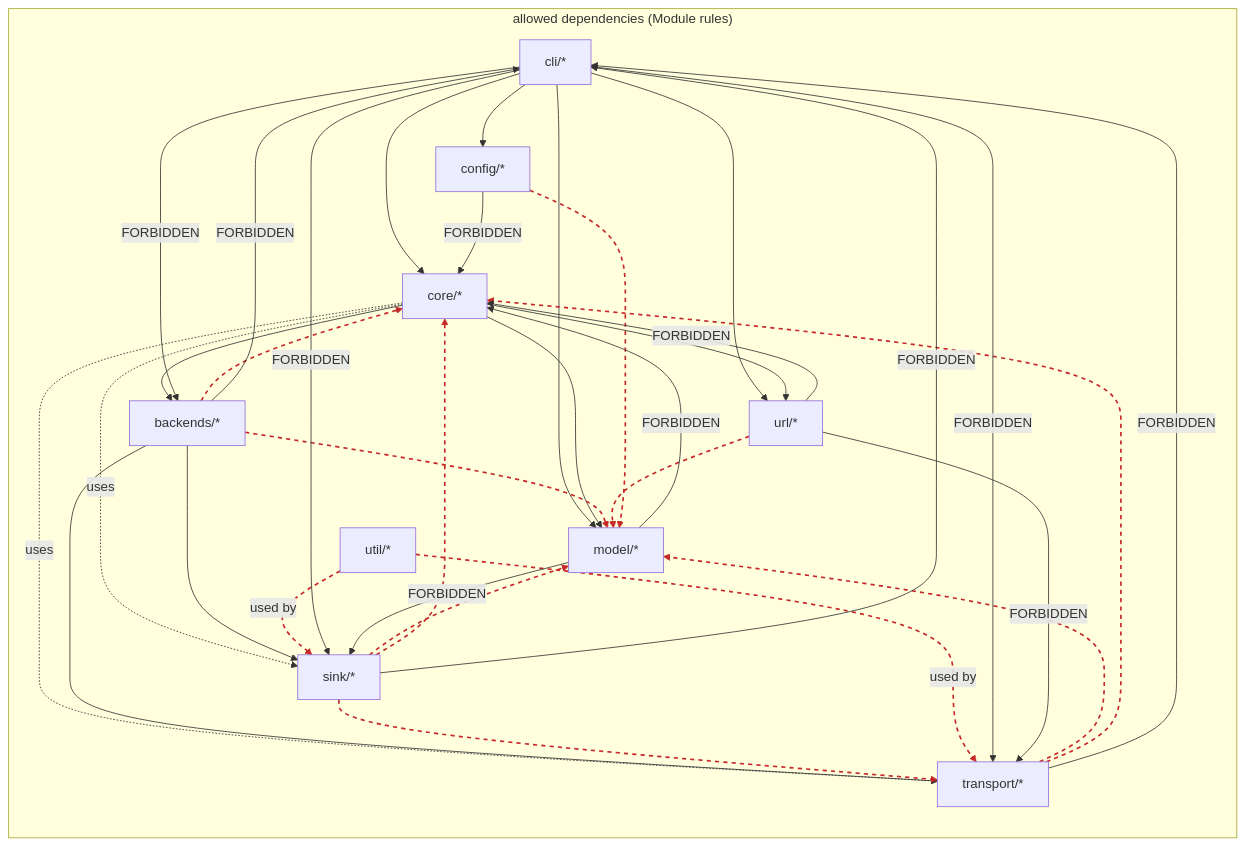
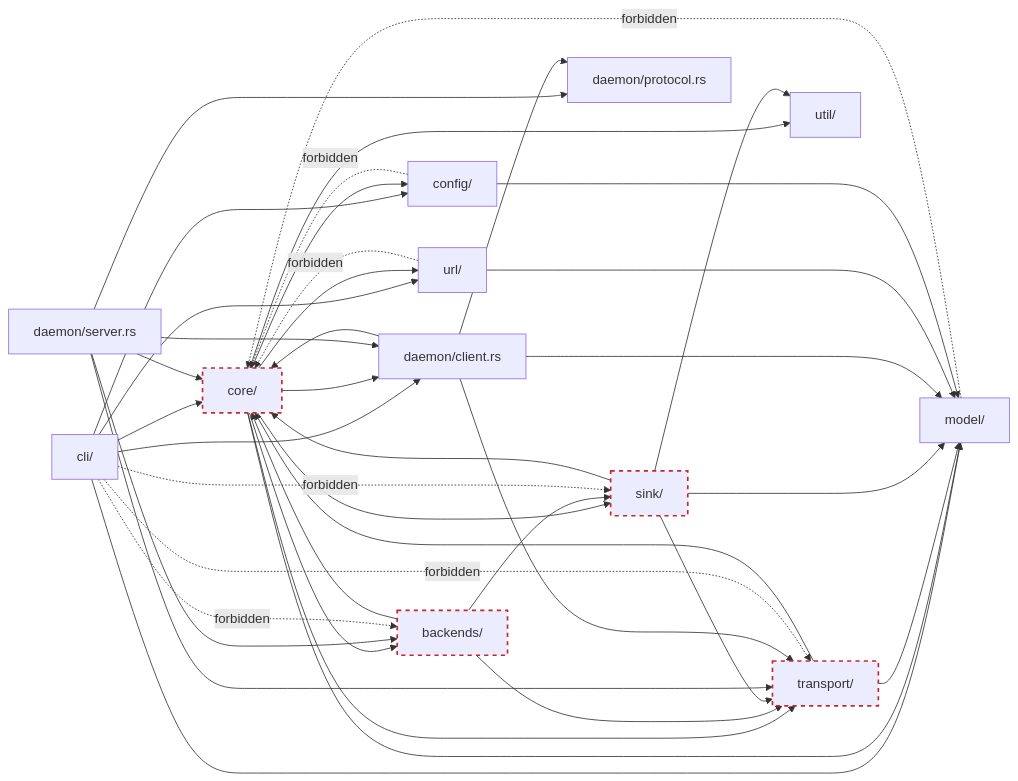
The fourth of 4 diagrams in doc/dev/arch/arch.md (xiaoshan1234/xscore), drawn with Mermaid before and after one commit. The commit also changed other lines of this file, not shown here.

Commit message:
docs: update architecture documentation for clarity and structure

````diff
--- a/doc/dev/arch/arch.md
+++ b/doc/dev/arch/arch.md
@@ -210,64 +361,65 @@
 ```mermaid
 graph LR
-    subgraph allowed_deps ["allowed dependencies (Module rules)"]
-        CLI["cli/*"]
-        CORE["core/*"]
-        MODEL["model/*"]
-        URL["url/*"]
-        TRANSPORT["transport/*"]
-        SINK["sink/*"]
-        BACKENDS["backends/*"]
-        CONFIG["config/*"]
-        UTIL["util/*"]
-    end
+    CLI["cli/"]
+    CORE["core/"]
+    MODEL["model/"]
+    URL["url/"]
+    CONFIG["config/"]
+    BACKENDS["backends/"]
+    TRANSPORT["transport/"]
+    SINK["sink/"]
+    UTIL["util/"]
+    DCLIENT["daemon/client.rs"]
+    DSERVER["daemon/server.rs"]
+    DPROTO["daemon/protocol.rs"]
 
     CLI --> CORE
     CLI --> MODEL
     CLI --> URL
     CLI --> CONFIG
+    CLI --> DCLIENT
 
     CORE --> MODEL
     CORE --> URL
     CORE --> BACKENDS
-    CORE -.uses.-> TRANSPORT
-    CORE -.uses.-> SINK
+    CORE --> CONFIG
+    CORE --> TRANSPORT
+    CORE --> SINK
+    CORE --> UTIL
+    CORE --> DCLIENT
 
+    BACKENDS --> CORE
     BACKENDS --> TRANSPORT
     BACKENDS --> SINK
-    BACKENDS --> MODEL
-    BACKENDS --> CORE
 
+    TRANSPORT --> CORE
     TRANSPORT --> MODEL
-    TRANSPORT --> CORE
 
+    SINK --> CORE
     SINK --> MODEL
-    SINK --> CORE
     SINK --> TRANSPORT
+    SINK --> UTIL
+
+    DSERVER --> BACKENDS
+    DSERVER --> TRANSPORT
+    DSERVER --> CORE
+    DSERVER --> DPROTO
+    DSERVER --> DCLIENT
+
+    DCLIENT --> CORE
+    DCLIENT --> MODEL
+    DCLIENT --> TRANSPORT
+    DCLIENT --> DPROTO
 
     URL --> MODEL
-
     CONFIG --> MODEL
 
-    UTIL -.used by.-> SINK
-    UTIL -.used by.-> TRANSPORT
-
-    classDef forbiddenEdge stroke:#c62828,stroke-width:2px,stroke-dasharray: 5 5
-    linkStyle 11,12,13,14,15,16,17,18,19,20,21 stroke:#c62828,stroke-width:2px,stroke-dasharray: 5 5
-
-    %% Forbidden edges (Module rules violations):
-    CLI -->|FORBIDDEN| TRANSPORT
-    CLI -->|FORBIDDEN| SINK
-    CLI -->|FORBIDDEN| BACKENDS
-
-    TRANSPORT -->|FORBIDDEN| CLI
-    SINK -->|FORBIDDEN| CLI
-    BACKENDS -->|FORBIDDEN| CLI
-
-    MODEL -->|FORBIDDEN| CORE
-    MODEL -->|FORBIDDEN| SINK
-
-    CONFIG -->|FORBIDDEN| CORE
-
-    URL -->|FORBIDDEN| CORE
-    URL -->|FORBIDDEN| TRANSPORT
+    classDef bad stroke:#c62828,stroke-width:2px,stroke-dasharray: 5 5
+    CLI -.->|forbidden| TRANSPORT
+    CLI -.->|forbidden| SINK
+    CLI -.->|forbidden| BACKENDS
+    MODEL -.->|forbidden| CORE
+    URL -.->|forbidden| CORE
+    CONFIG -.->|forbidden| CORE
+    class TRANSPORT,SINK,BACKENDS,CORE bad
 ```
````
